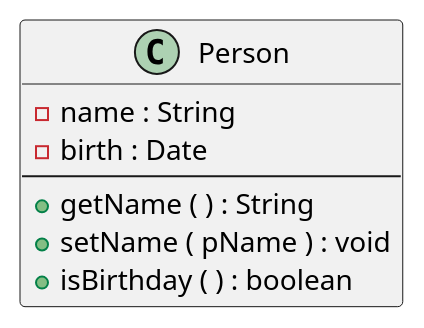
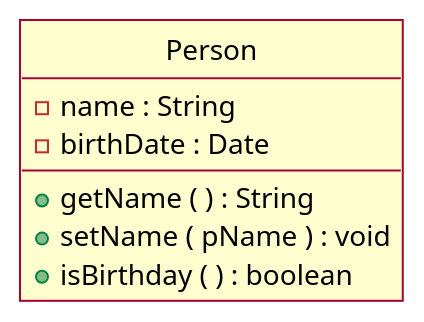
One commit to carrilloluis/UML-diagrams changed the diagram in class/ed60ce95-e2e0-2d60-82a3-49e03e28c3d0.puml. Above: the diagram before and after it, drawn with PlantUML.

```diff
--- a/class/ed60ce95-e2e0-2d60-82a3-49e03e28c3d0.puml
+++ b/class/ed60ce95-e2e0-2d60-82a3-49e03e28c3d0.puml
@@ -1,11 +1,15 @@
 @startuml
+	skin rose
+	hide circle
+	skinparam shadowing false
+
 	class Person
 	{
 		- name : String
-		- birth : Date
+		- birthDate : Date
 		--
 		+ getName ( ) : String
 		+ setName ( pName ) : void
 		+ isBirthday ( ) : boolean
 	}
 @enduml
```
